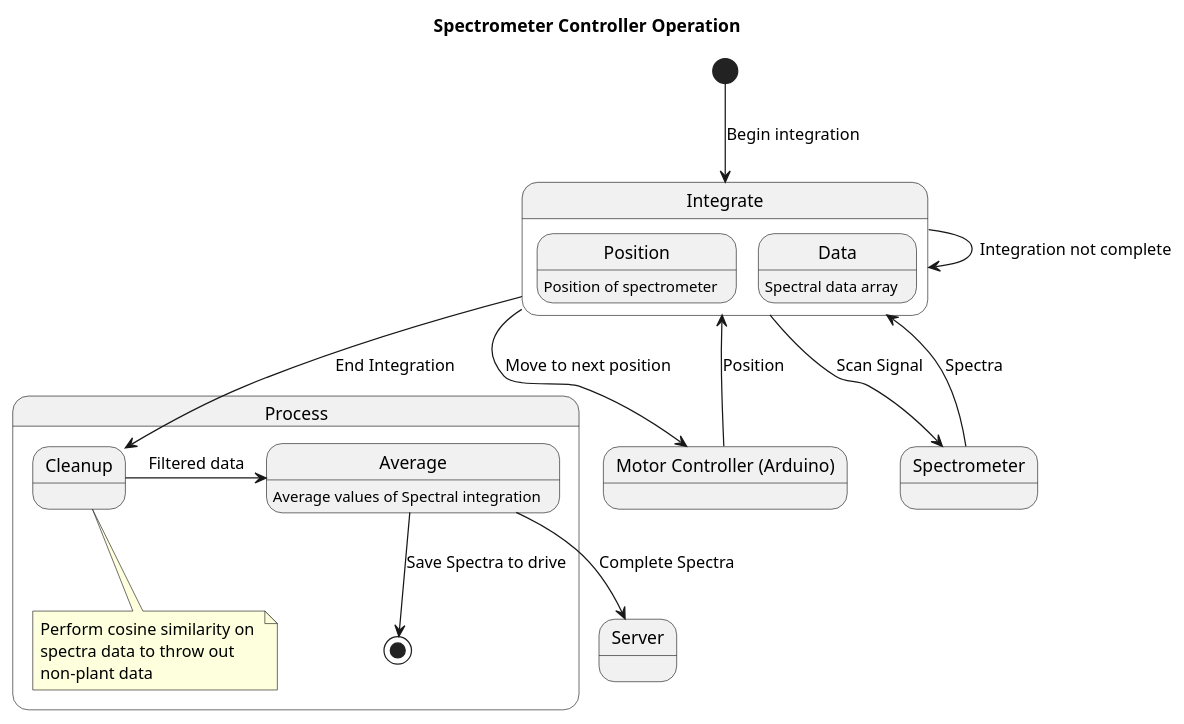
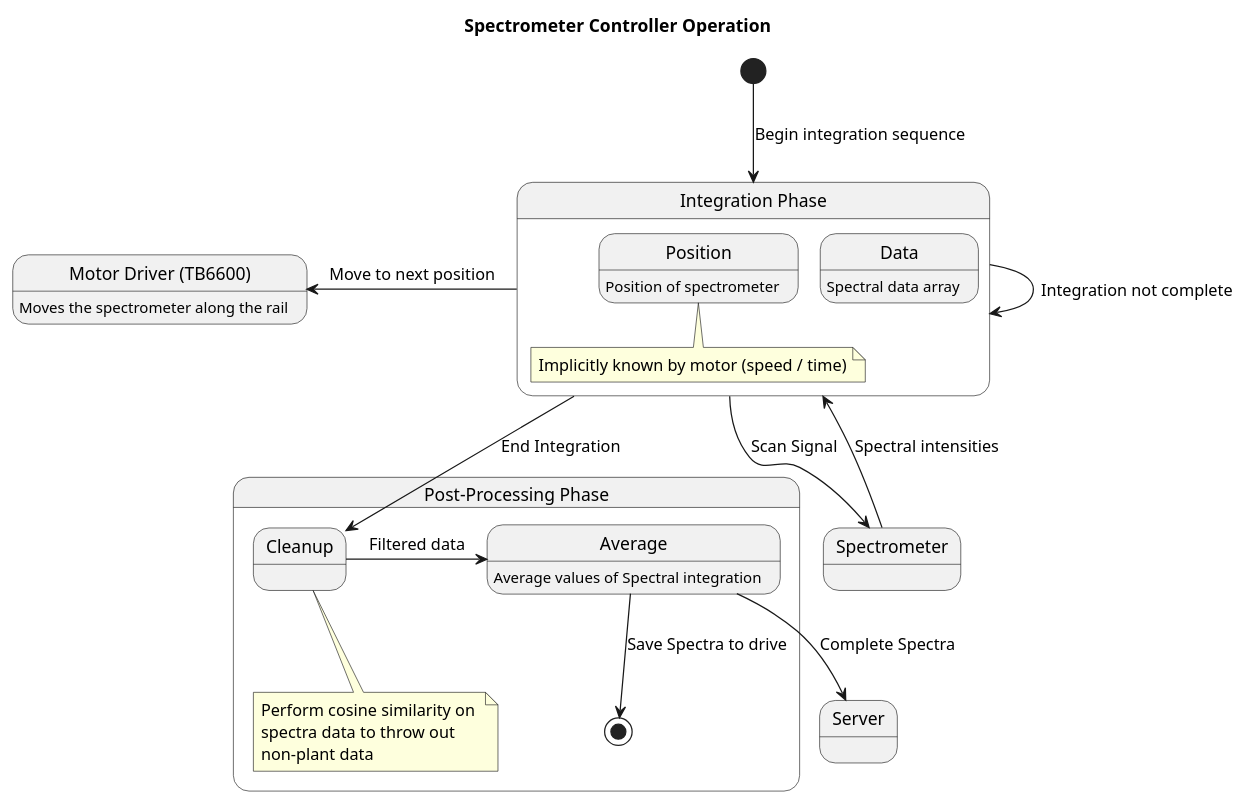
Before and after one commit to JesseChin/Spectrometer-Line-Scanner: the diagram in plantuml/ScanningFSM.puml, drawn with PlantUML. The commit also changed 2 other files, not shown here.

Commit message:
Updated UML, changed command names

```diff
--- a/plantuml/ScanningFSM.puml
+++ b/plantuml/ScanningFSM.puml
@@ -1,28 +1,32 @@
 title Spectrometer Controller Operation
 
-[*] --> Integrate : Begin integration
-state Integrate {
+[*] --> Integrate : Begin integration sequence
+state "Integration Phase" as Integrate {
     Position : Position of spectrometer
+    note bottom of Position
+        Implicitly known by motor (speed / time)
+    end note
     Data : Spectral data array
     Integrate --> Integrate : Integration not complete
 
 }
-state Process {
+state "Post-Processing Phase" as Process {
     Integrate --> Cleanup : End Integration
     Cleanup -> Average : Filtered data
     note bottom of Cleanup 
         Perform cosine similarity on 
         spectra data to throw out 
         non-plant data
     end note
     Average : Average values of Spectral integration
     Average --> [*] : Save Spectra to drive
     
 }
-state "Motor Controller (Arduino)" as Motor
-Integrate --> Motor : Move to next position
-Motor --> Integrate : Position
-Integrate --> Spectrometer : Scan Signal
-Spectrometer --> Integrate : Spectra
+state "Motor Driver (TB6600)" as Motor
+Motor : Moves the spectrometer along the rail
+Integrate -left-> Motor : Move to next position
+'Motor -right-> Integrate : Position
+Integrate -down-> Spectrometer : Scan Signal
+Spectrometer -up-> Integrate : Spectral intensities
 
 Average --> Server : Complete Spectra
```
